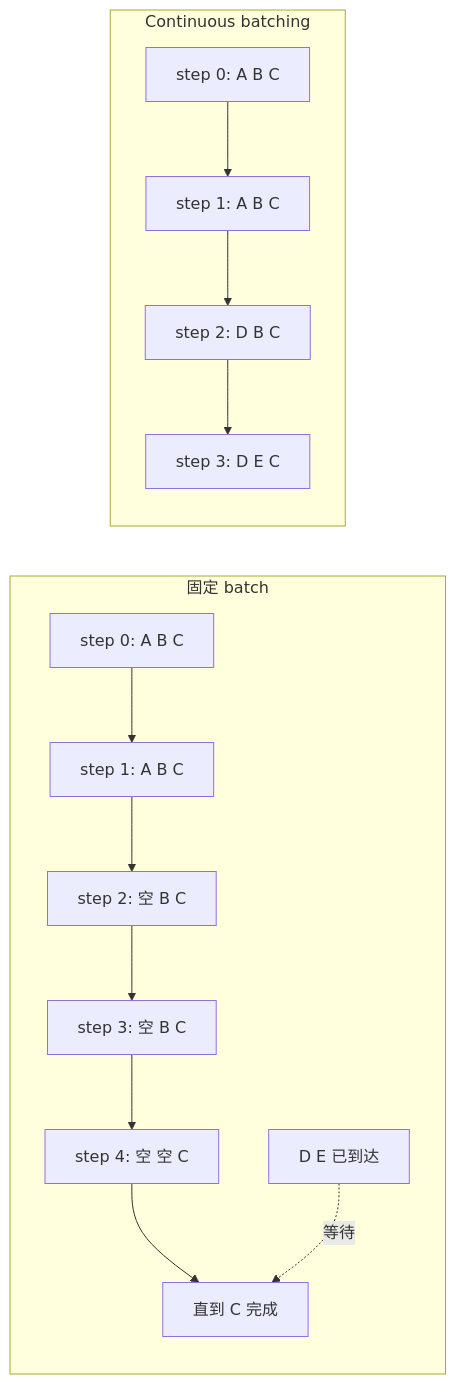
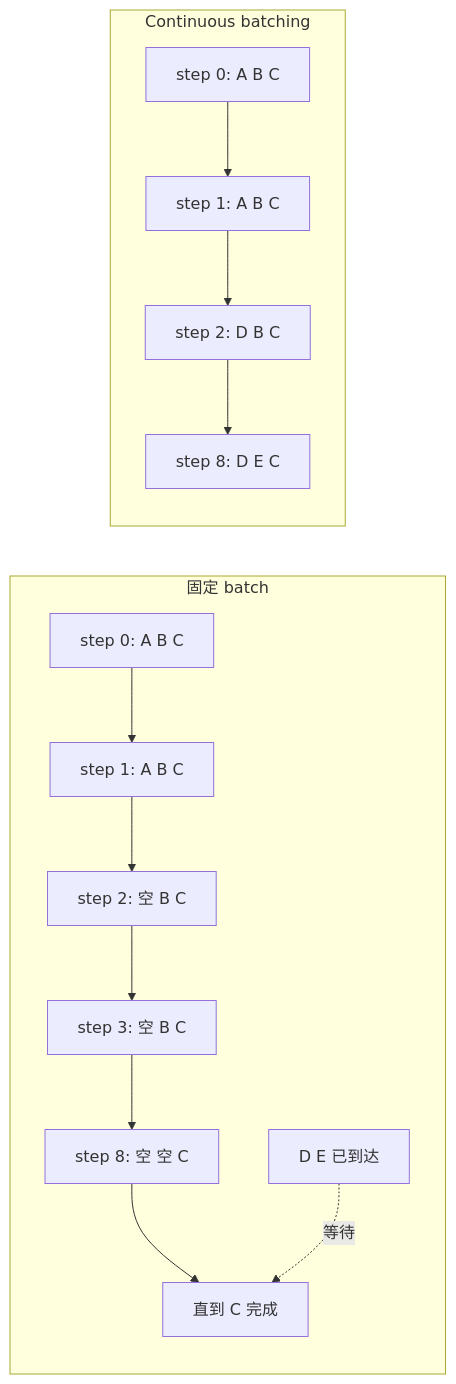
Before and after one commit to cluster1900/vllm_reader: the first of 26 diagrams in book/04-scheduler/README.md, drawn with Mermaid. The commit also changed other lines of this file and 38 other files, not shown here.

````diff
--- a/book/04-scheduler/README.md
+++ b/book/04-scheduler/README.md
@@ -96,16 +105,16 @@
 ```mermaid
 flowchart LR
     subgraph Static[固定 batch]
         S0[step 0: A B C] --> S1[step 1: A B C]
         S1 --> S2[step 2: 空 B C]
         S2 --> S3[step 3: 空 B C]
-        S3 --> S4[step 4: 空 空 C]
+        S3 --> S4[step 8: 空 空 C]
         S4 --> S5[直到 C 完成]
         D[D E 已到达] -. 等待 .-> S5
     end
     subgraph Continuous[Continuous batching]
         C0[step 0: A B C] --> C1[step 1: A B C]
         C1 --> C2[step 2: D B C]
-        C2 --> C3[step 3: D E C]
+        C2 --> C3[step 8: D E C]
     end
 ```
````
